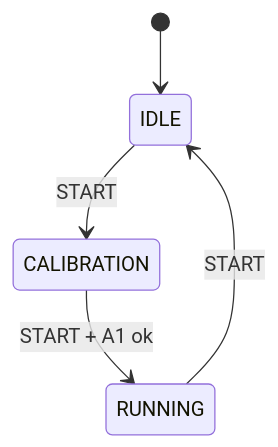
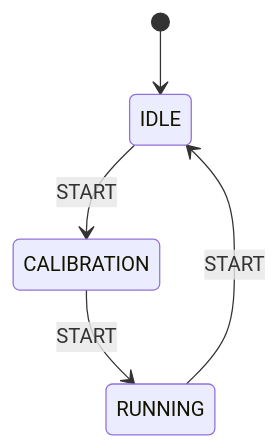
One commit to lucaterraneo/SteeringTest changed the second of 3 diagrams in README.md. Above: the diagram before and after it, drawn with Mermaid. The commit also changed other lines of this file, not shown here.

First line of the commit message:
Rewrite README to match current firmware architecture

````diff
--- a/README.md
+++ b/README.md
@@ -123,7 +134,7 @@
 ```mermaid
 stateDiagram-v2
   [*] --> IDLE
   IDLE --> CALIBRATION: START
-  CALIBRATION --> RUNNING: START + A1 ok
+  CALIBRATION --> RUNNING: START
   RUNNING --> IDLE: START
 ```
````
